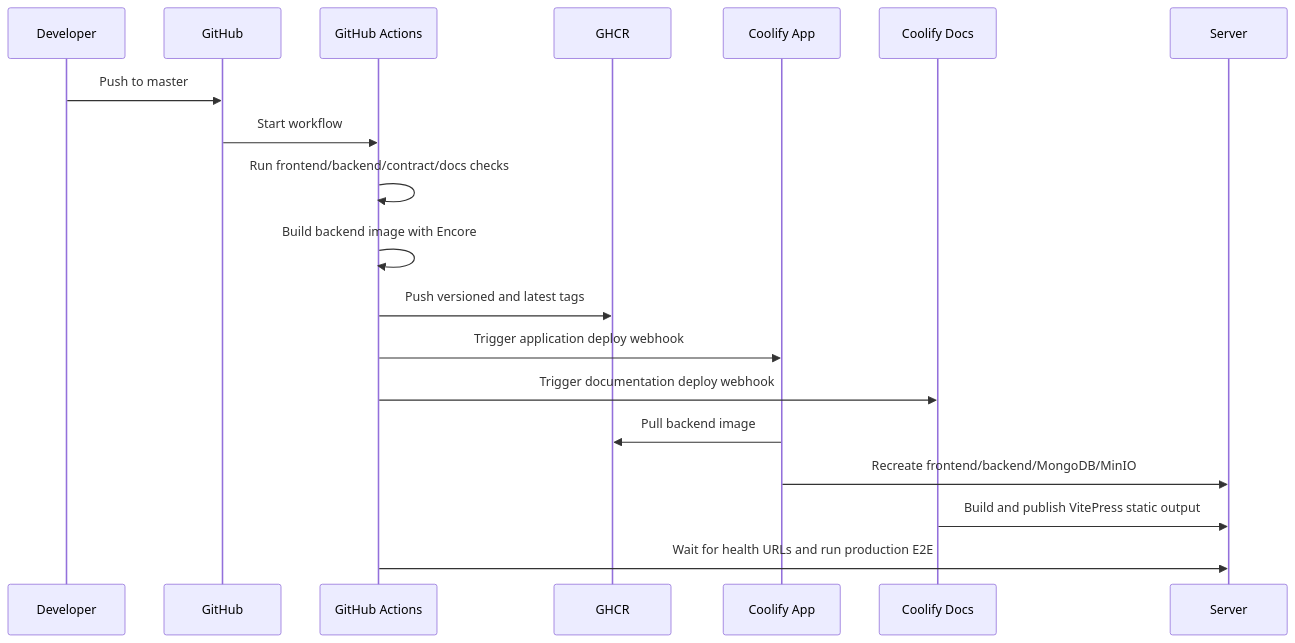
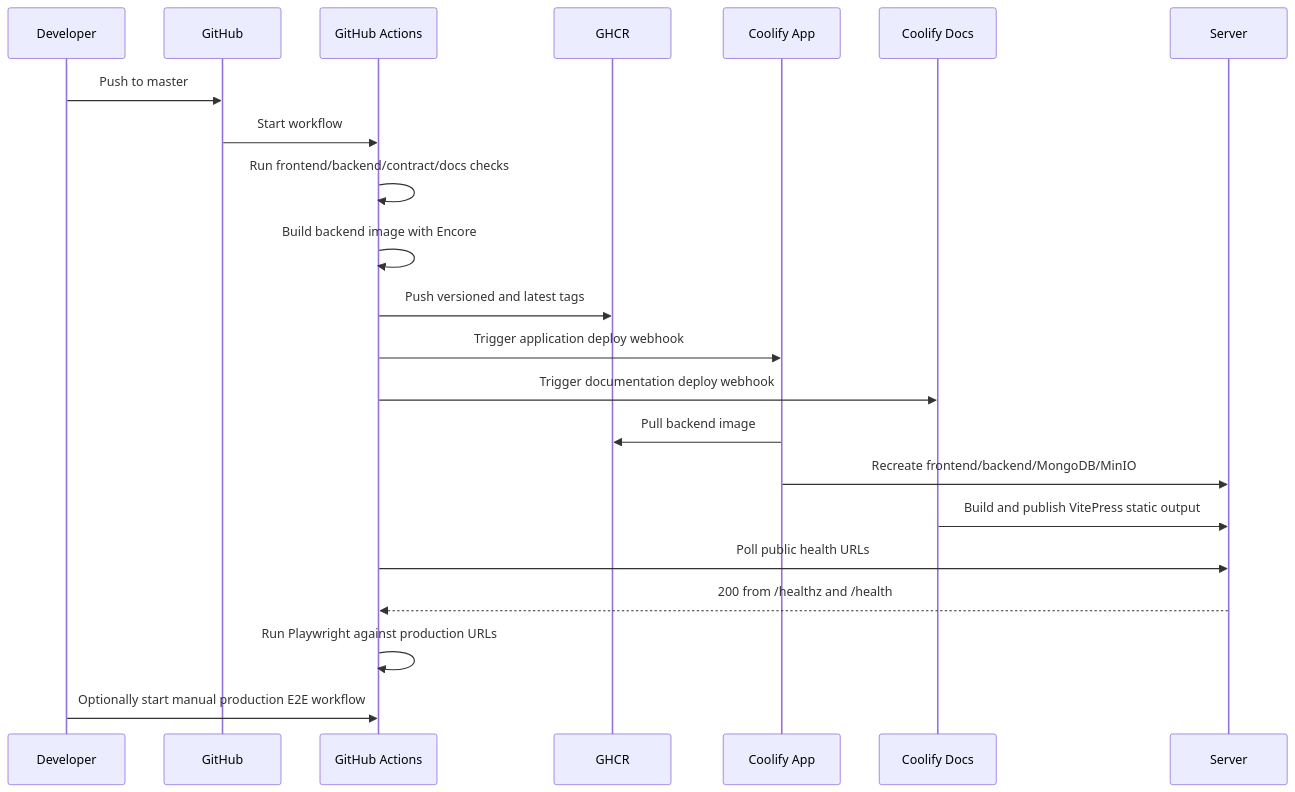
One commit to akhmetovKamil/useContent changed the third of 3 diagrams in documentation/deployment/index.md. Above: the diagram before and after it, drawn with Mermaid. The commit also changed other lines of this file and 1 other file, not shown here.

Commit message:
Document CI verification flow

````diff
--- a/documentation/deployment/index.md
+++ b/documentation/deployment/index.md
@@ -99,22 +101,25 @@
 ```mermaid
 sequenceDiagram
     participant Dev as Developer
     participant GH as GitHub
     participant Actions as GitHub Actions
     participant Registry as GHCR
     participant Coolify as Coolify App
     participant Docs as Coolify Docs
     participant Server
 
     Dev->>GH: Push to master
     GH->>Actions: Start workflow
     Actions->>Actions: Run frontend/backend/contract/docs checks
     Actions->>Actions: Build backend image with Encore
     Actions->>Registry: Push versioned and latest tags
     Actions->>Coolify: Trigger application deploy webhook
     Actions->>Docs: Trigger documentation deploy webhook
     Coolify->>Registry: Pull backend image
     Coolify->>Server: Recreate frontend/backend/MongoDB/MinIO
     Docs->>Server: Build and publish VitePress static output
-    Actions->>Server: Wait for health URLs and run production E2E
+    Actions->>Server: Poll public health URLs
+    Server-->>Actions: 200 from /healthz and /health
+    Actions->>Actions: Run Playwright against production URLs
+    Dev->>Actions: Optionally start manual production E2E workflow
 ```
````
